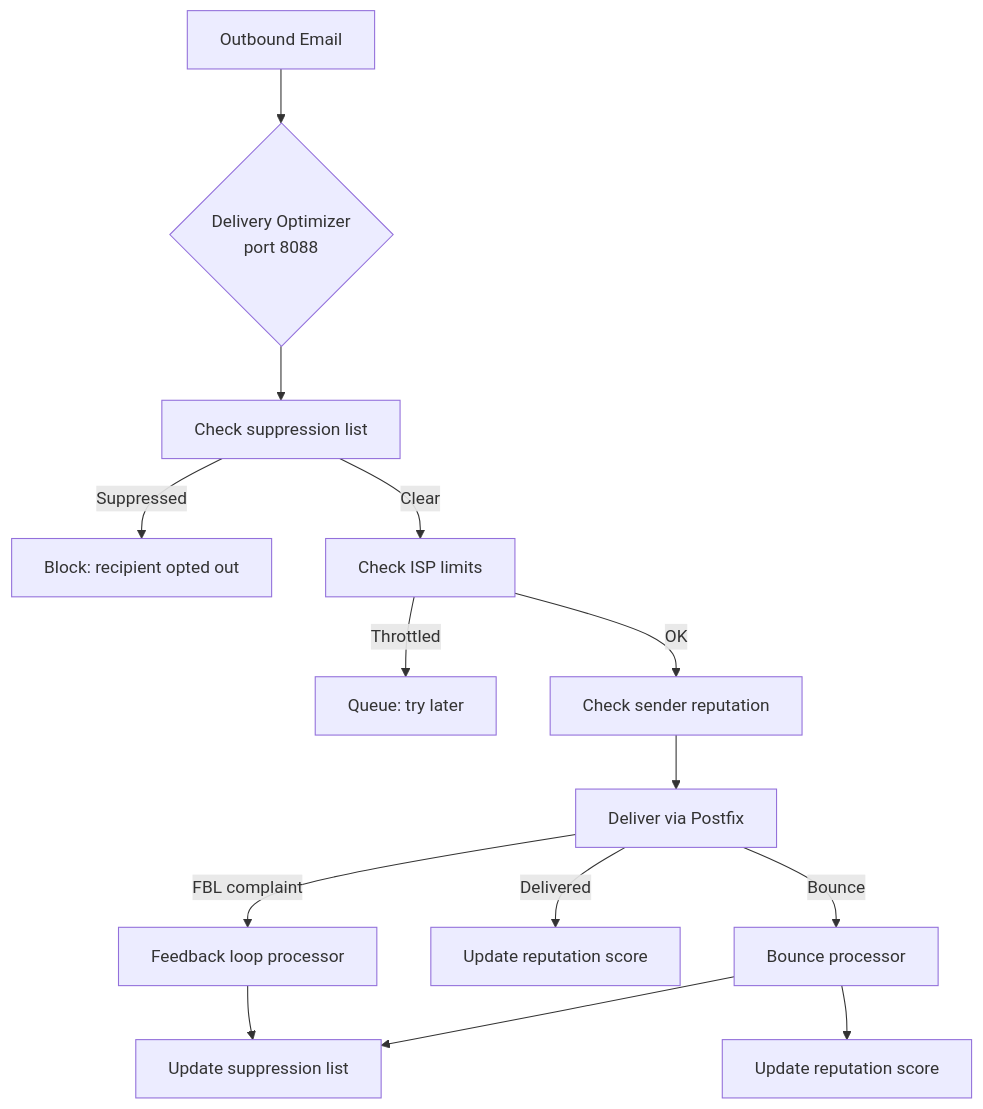
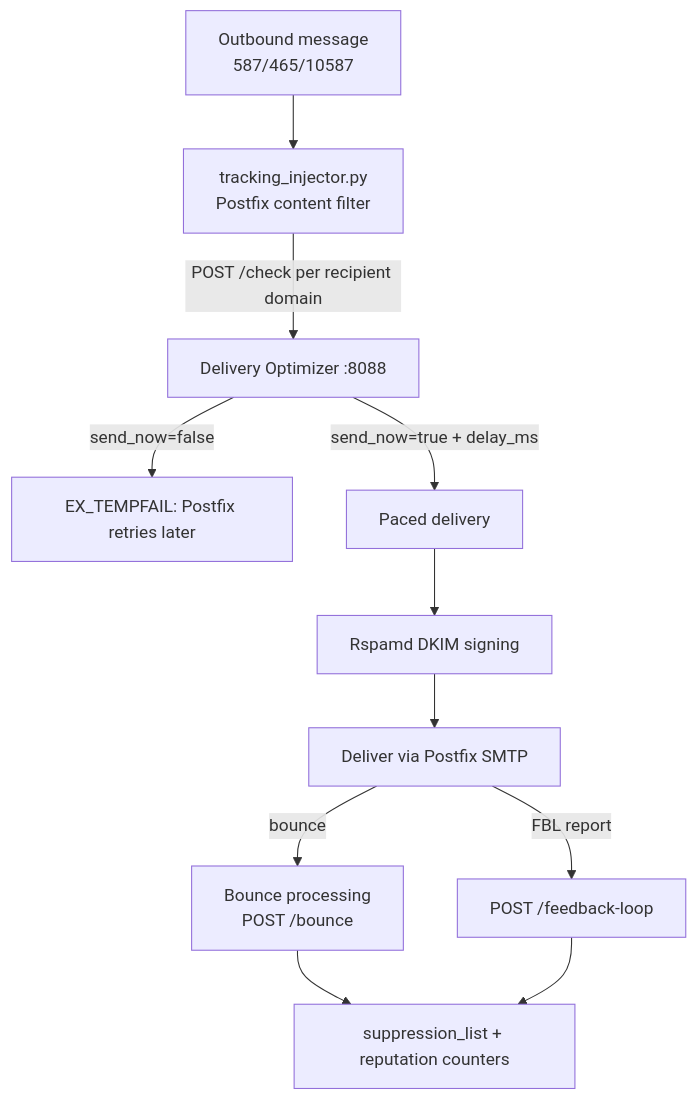
One commit to Techies-Africa/mailyte-mail-server-community changed the diagram in docs/features/deliverability.md. Above: the diagram before and after it, drawn with Mermaid. The commit also changed other lines of this file and 481 other files, not shown here.

````diff
--- a/docs/features/deliverability.md
+++ b/docs/features/deliverability.md
@@ -9,16 +9,13 @@
 ```mermaid
 flowchart TD
-    A[Outbound Email] --> B{Delivery Optimizer\nport 8088}
-    B --> C[Check suppression list]
-    C -->|Suppressed| D[Block: recipient opted out]
-    C -->|Clear| E[Check ISP limits]
-    E -->|Throttled| F[Queue: try later]
-    E -->|OK| G[Check sender reputation]
-    G --> H[Deliver via Postfix]
-    H -->|Bounce| I[Bounce processor]
-    I --> J[Update suppression list]
-    I --> K[Update reputation score]
-    H -->|Delivered| L[Update reputation score]
-    H -->|FBL complaint| M[Feedback loop processor]
-    M --> J
+    A[Outbound message\n587/465/10587] --> B[tracking_injector.py\nPostfix content filter]
+    B -->|POST /check per recipient domain| C[Delivery Optimizer :8088]
+    C -->|send_now=false| D[EX_TEMPFAIL: Postfix retries later]
+    C -->|send_now=true + delay_ms| E[Paced delivery]
+    E --> F[Rspamd DKIM signing]
+    F --> G[Deliver via Postfix SMTP]
+    G -->|bounce| H[Bounce processing\nPOST /bounce]
+    H --> I[suppression_list + reputation counters]
+    G -->|FBL report| J[POST /feedback-loop]
+    J --> I
 ```
````
